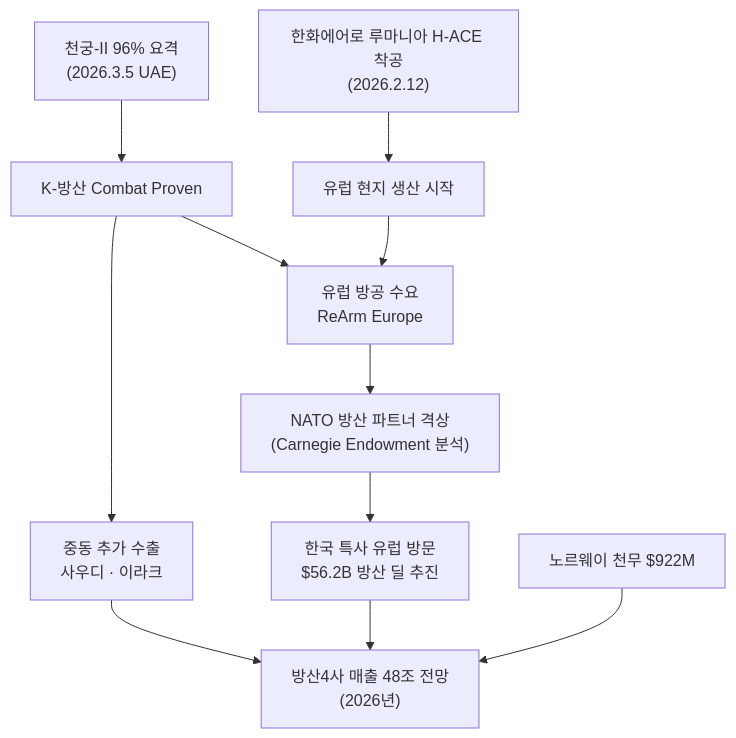
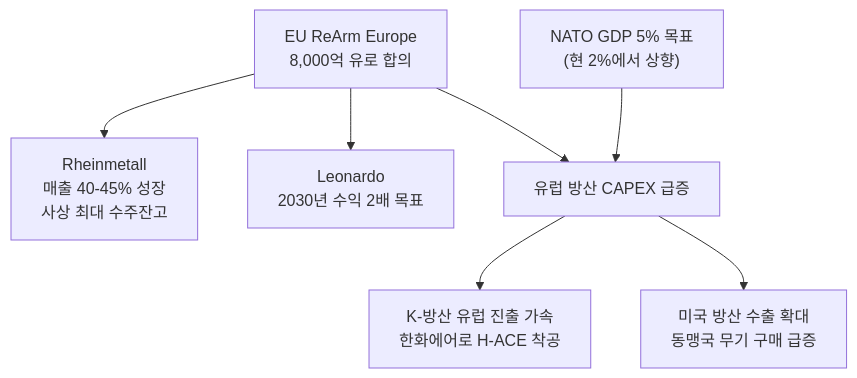
Before and after one commit to dss99911/dss99911.github.io: the third of 7 diagrams in _posts/knowledge/invest/2026-03-07-defense-space-sector-outlook-2026.md, drawn with Mermaid. The commit also changed other lines of this file and 2 other files, not shown here.

````diff
--- a/_posts/knowledge/invest/2026-03-07-defense-space-sector-outlook-2026.md
+++ b/_posts/knowledge/invest/2026-03-07-defense-space-sector-outlook-2026.md
@@ -144,16 +109,11 @@
 ```mermaid
 graph TD
-    A["천궁-II 96% 요격<br/>(2026.3.5 UAE)"] --> B["K-방산 Combat Proven"]
-    G["한화에어로 루마니아 H-ACE 착공<br/>(2026.2.12)"] --> H["유럽 현지 생산 시작"]
+    A["EU ReArm Europe<br/>8,000억 유로 합의"] --> B["Rheinmetall<br/>매출 40-45% 성장<br/>사상 최대 수주잔고"]
+    A --> C["Leonardo<br/>2030년 수익 2배 목표"]
+    A --> D["유럽 방산 CAPEX 급증"]
 
-    B --> C["중동 추가 수출<br/>사우디 · 이라크"]
-    B --> D["유럽 방공 수요<br/>ReArm Europe"]
-    H --> D
+    E["NATO GDP 5% 목표<br/>(현 2%에서 상향)"] --> D
 
-    D --> I["NATO 방산 파트너 격상<br/>(Carnegie Endowment 분석)"]
-    I --> J["한국 특사 유럽 방문<br/>$56.2B 방산 딜 추진"]
-
-    C --> F["방산4사 매출 48조 전망<br/>(2026년)"]
-    J --> F
-    E["노르웨이 천무 $922M"] --> F
+    D --> F["K-방산 유럽 진출 가속<br/>한화에어로 H-ACE 착공"]
+    D --> G["미국 방산 수출 확대<br/>동맹국 무기 구매 급증"]
 ```
````
